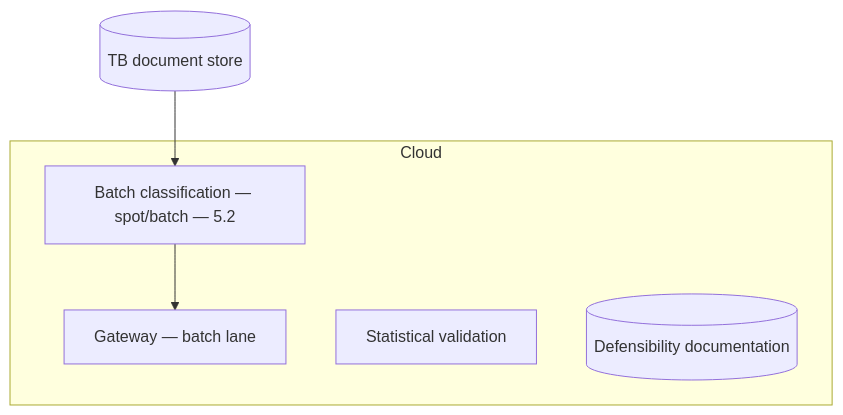
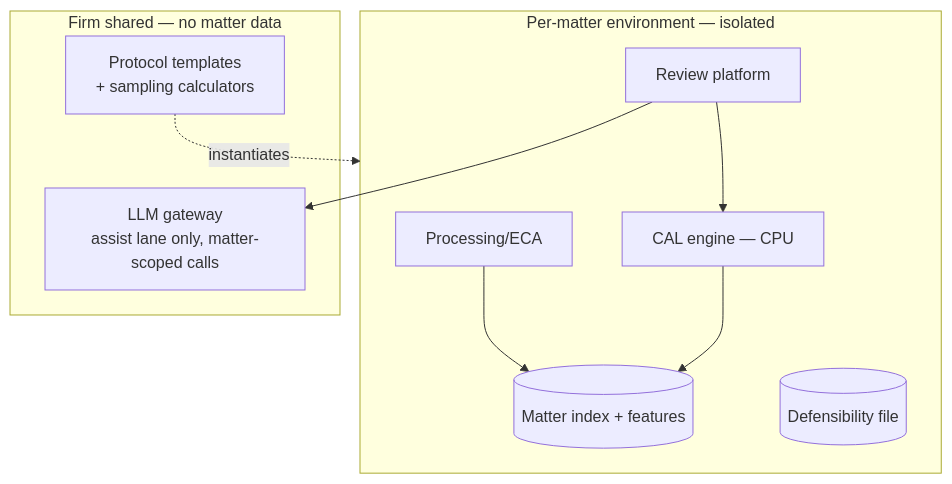
Before and after one commit to sivakrushna-works/GSAC: the third of 3 diagrams in case-studies/cs24-ediscovery-triage.md, drawn with Mermaid. The commit also changed other lines of this file and 12 other files, not shown here.

````diff
--- a/case-studies/cs24-ediscovery-triage.md
+++ b/case-studies/cs24-ediscovery-triage.md
@@ -69,9 +89,15 @@
 ```mermaid
 flowchart TB
-    subgraph Cloud
-        BATCH[Batch classification — spot/batch — 5.2] --> GW[Gateway — batch lane]
-        SAMPLING[Statistical validation]
-        DEFENSE[(Defensibility documentation)]
+    subgraph Matter [Per-matter environment — isolated]
+        ECA2[Processing/ECA] --> IDX[(Matter index + features)]
+        CALE[CAL engine — CPU] --> IDX
+        REV[Review platform] --> CALE
+        AUD[(Defensibility file)]
     end
-    DOCSET[(TB document store)] --> BATCH
+    subgraph Shared [Firm shared — no matter data]
+        TMPL[Protocol templates<br/>+ sampling calculators]
+        LLM2[LLM gateway<br/>assist lane only, matter-scoped calls]
+    end
+    TMPL -.instantiates.-> Matter
+    REV --> LLM2
 ```
````
